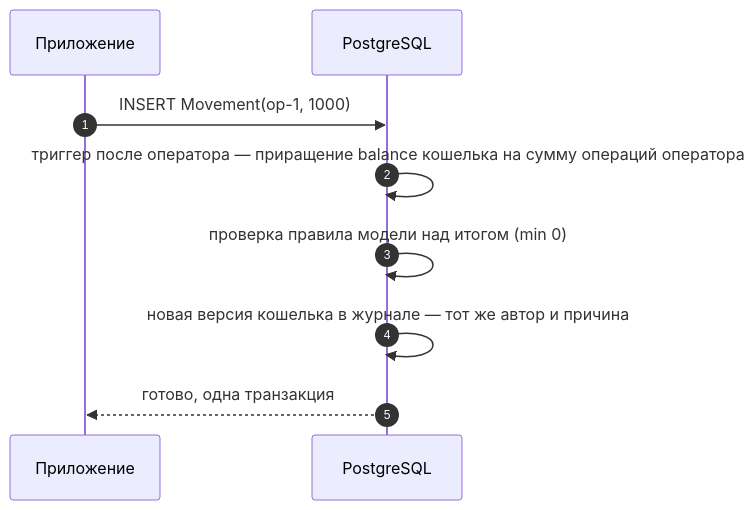
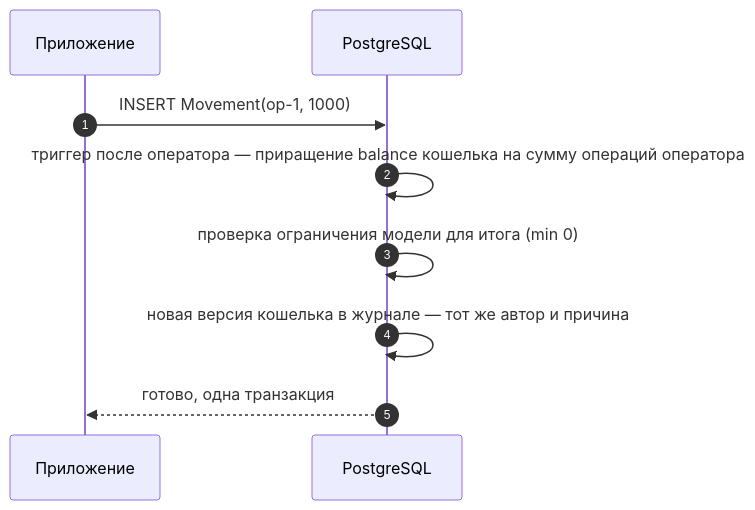
One commit to alepri51/letopis changed the diagram in guide/pages/derived/index.md. Above: the diagram before and after it, drawn with Mermaid. The commit also changed 15 other files, not shown here.

````diff
--- a/guide/pages/derived/index.md
+++ b/guide/pages/derived/index.md
@@ -18,11 +18,11 @@
 ```mermaid
 sequenceDiagram
   autonumber
   participant App as Приложение
   participant DB as PostgreSQL
   App->>DB: INSERT Movement(op-1, 1000)
   DB->>DB: триггер после оператора — приращение balance кошелька на сумму операций оператора
-  DB->>DB: проверка правила модели над итогом (min 0)
+  DB->>DB: проверка ограничения модели для итога (min 0)
   DB->>DB: новая версия кошелька в журнале — тот же автор и причина
   DB-->>App: готово, одна транзакция
 ```
````
